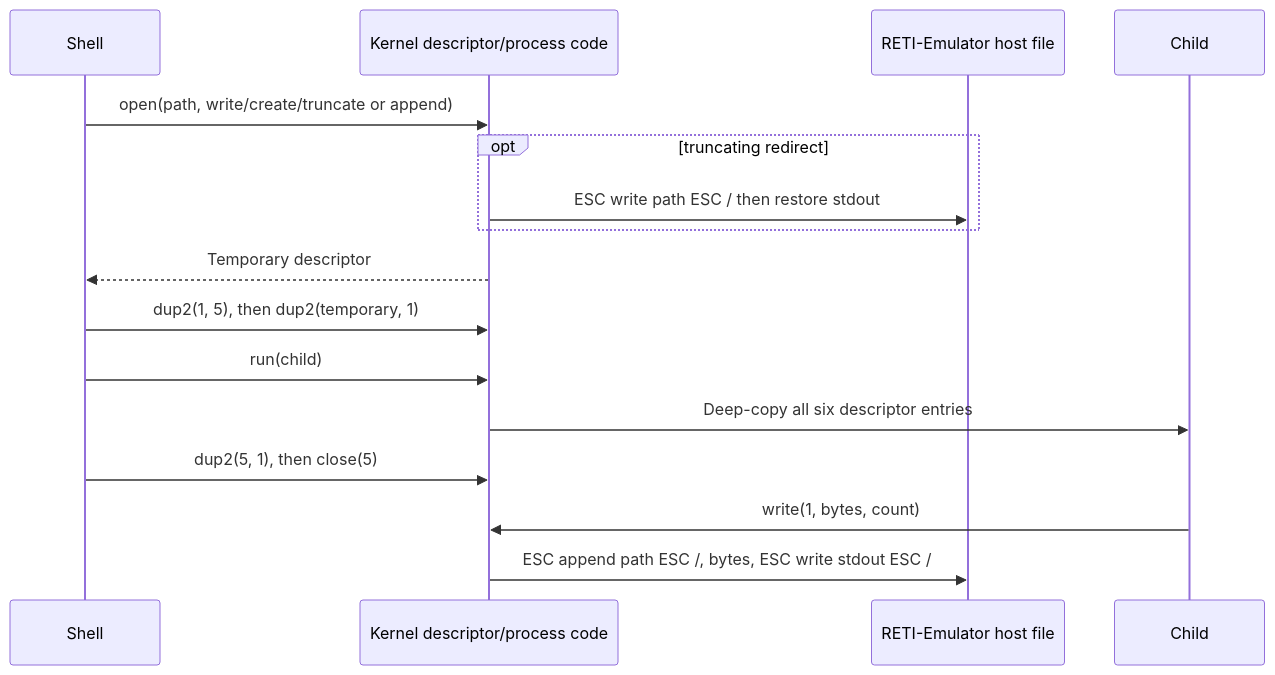
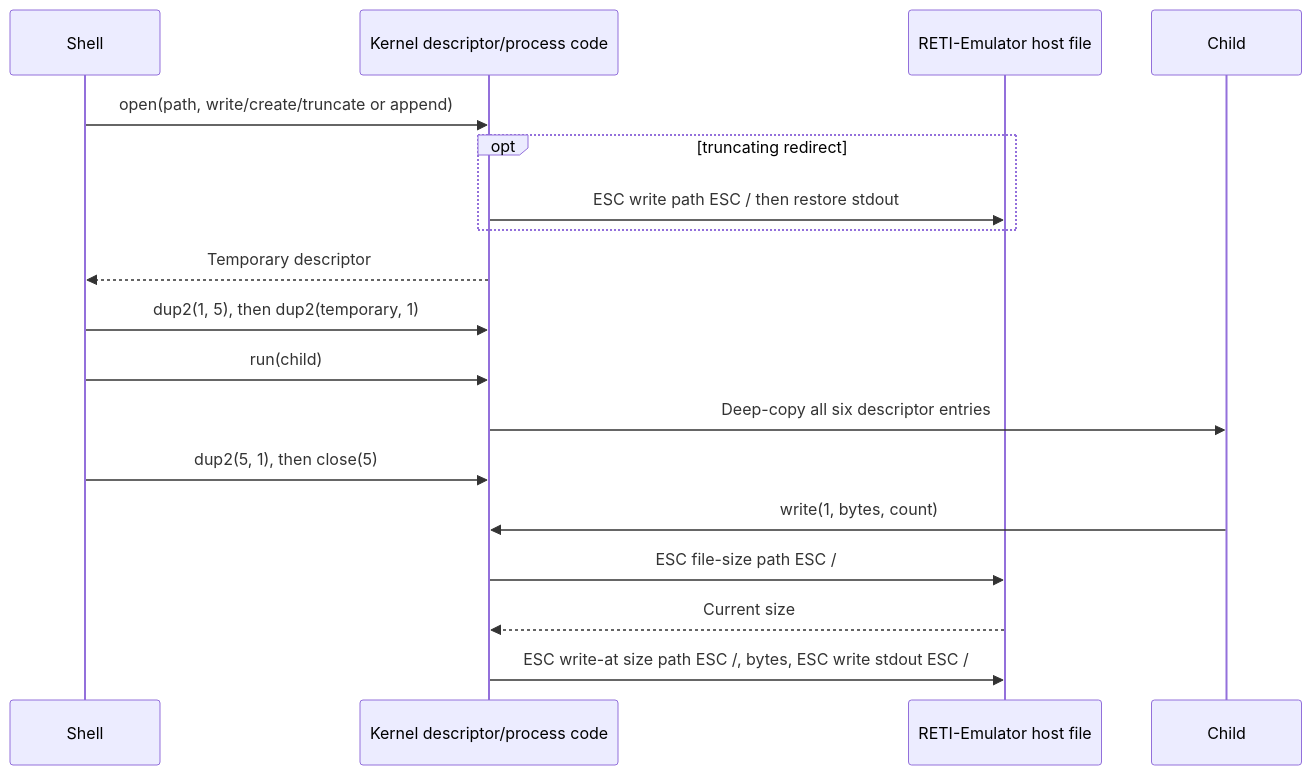
Diagram 22 of 24 in README.md (matthejue/Pico-OS), drawn with Mermaid before and after one commit. The commit also changed other lines of this file and 5 other files, not shown here.

````diff
--- a/README.md
+++ b/README.md
@@ -2771,19 +2776,21 @@
 ```mermaid
 sequenceDiagram
     participant S as Shell
     participant K as Kernel descriptor/process code
     participant H as RETI-Emulator host file
     participant C as Child
 
     S->>K: open(path, write/create/truncate or append)
     opt truncating redirect
         K->>H: ESC write path ESC / then restore stdout
     end
     K-->>S: Temporary descriptor
     S->>K: dup2(1, 5), then dup2(temporary, 1)
     S->>K: run(child)
     K->>C: Deep-copy all six descriptor entries
     S->>K: dup2(5, 1), then close(5)
     C->>K: write(1, bytes, count)
-    K->>H: ESC append path ESC /, bytes, ESC write stdout ESC /
+    K->>H: ESC file-size path ESC /
+    H-->>K: Current size
+    K->>H: ESC write-at size path ESC /, bytes, ESC write stdout ESC /
 ```
````
